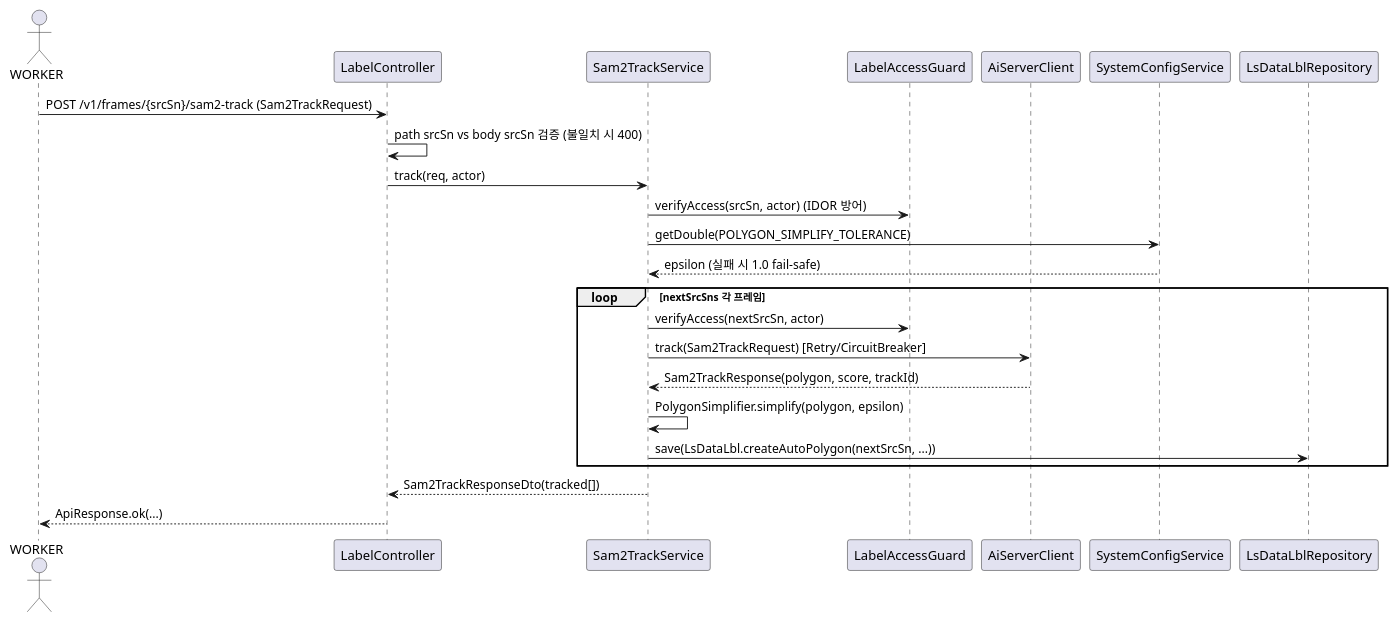
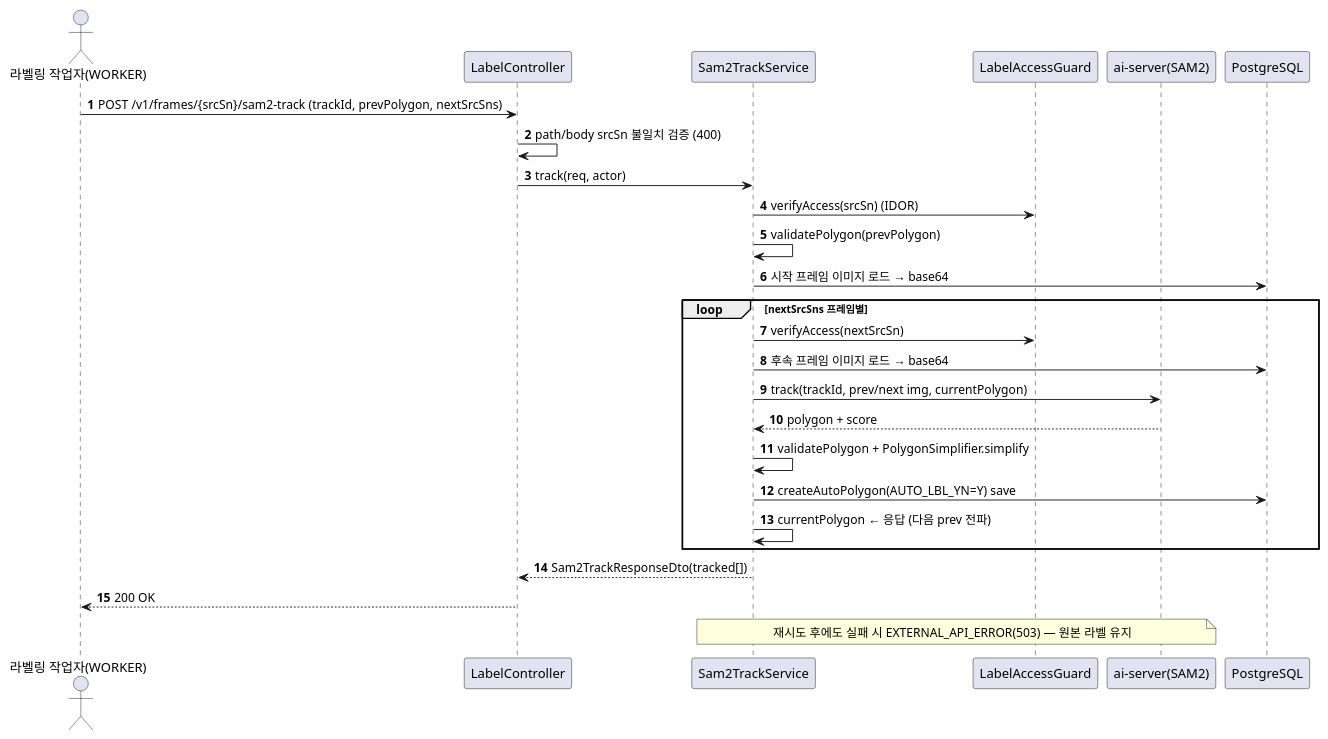
Before and after one commit to New-stella/klid-label: the fifth of 18 diagrams in docs/design/D1-클래스설계서.md, drawn with PlantUML. The commit also changed other lines of this file and 36 other files, not shown here.

````diff
--- a/docs/design/D1-클래스설계서.md
+++ b/docs/design/D1-클래스설계서.md
@@ -126,27 +311,30 @@
 ```plantuml
 @startuml
-actor "WORKER" as W
-participant "LabelController" as C
-participant "Sam2TrackService" as S
-participant "LabelAccessGuard" as G
-participant "AiServerClient" as AI
-participant "SystemConfigService" as CFG
-participant "LsDataLblRepository" as R
+autonumber
+actor "라벨링 작업자(WORKER)" as WK
+participant "LabelController" as LC
+participant "Sam2TrackService" as STS
+participant "LabelAccessGuard" as AG
+participant "ai-server(SAM2)" as AI
+participant "PostgreSQL" as DB
 
-W -> C : POST /v1/frames/{srcSn}/sam2-track (Sam2TrackRequest)
-C -> C : path srcSn vs body srcSn 검증 (불일치 시 400)
-C -> S : track(req, actor)
-S -> G : verifyAccess(srcSn, actor)  (IDOR 방어)
-S -> CFG : getDouble(POLYGON_SIMPLIFY_TOLERANCE)
-CFG --> S : epsilon (실패 시 1.0 fail-safe)
-loop nextSrcSns 각 프레임
-  S -> G : verifyAccess(nextSrcSn, actor)
-  S -> AI : track(Sam2TrackRequest) [Retry/CircuitBreaker]
-  AI --> S : Sam2TrackResponse(polygon, score, trackId)
-  S -> S : PolygonSimplifier.simplify(polygon, epsilon)
-  S -> R : save(LsDataLbl.createAutoPolygon(nextSrcSn, ...))
+WK -> LC : POST /v1/frames/{srcSn}/sam2-track (trackId, prevPolygon, nextSrcSns)
+LC -> LC : path/body srcSn 불일치 검증 (400)
+LC -> STS : track(req, actor)
+STS -> AG : verifyAccess(srcSn) (IDOR)
+STS -> STS : validatePolygon(prevPolygon)
+STS -> DB : 시작 프레임 이미지 로드 → base64
+loop nextSrcSns 프레임별
+  STS -> AG : verifyAccess(nextSrcSn)
+  STS -> DB : 후속 프레임 이미지 로드 → base64
+  STS -> AI : track(trackId, prev/next img, currentPolygon)
+  AI --> STS : polygon + score
+  STS -> STS : validatePolygon + PolygonSimplifier.simplify
+  STS -> DB : createAutoPolygon(AUTO_LBL_YN=Y) save
+  STS -> STS : currentPolygon ← 응답 (다음 prev 전파)
 end
-S --> C : Sam2TrackResponseDto(tracked[])
-C --> W : ApiResponse.ok(...)
+STS --> LC : Sam2TrackResponseDto(tracked[])
+LC --> WK : 200 OK
+note over STS,AI : 재시도 후에도 실패 시 EXTERNAL_API_ERROR(503) — 원본 라벨 유지
 @enduml
 ```
````
